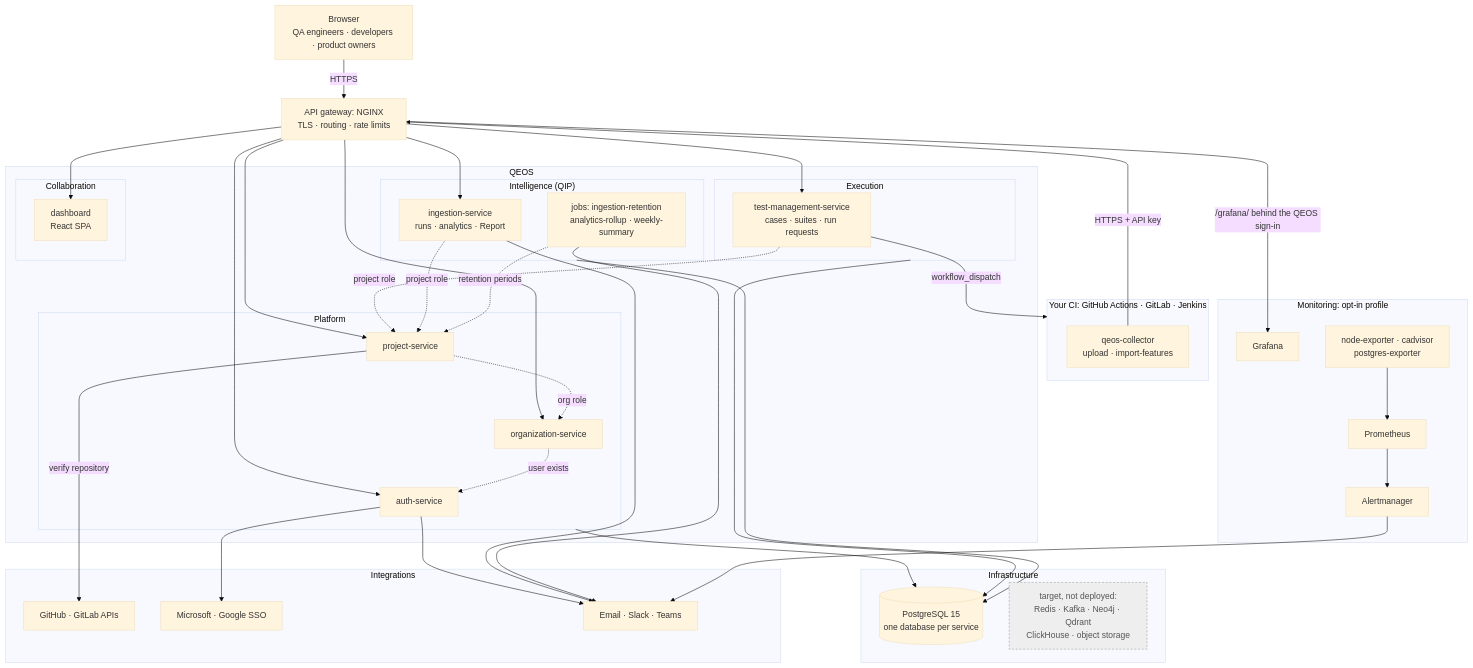
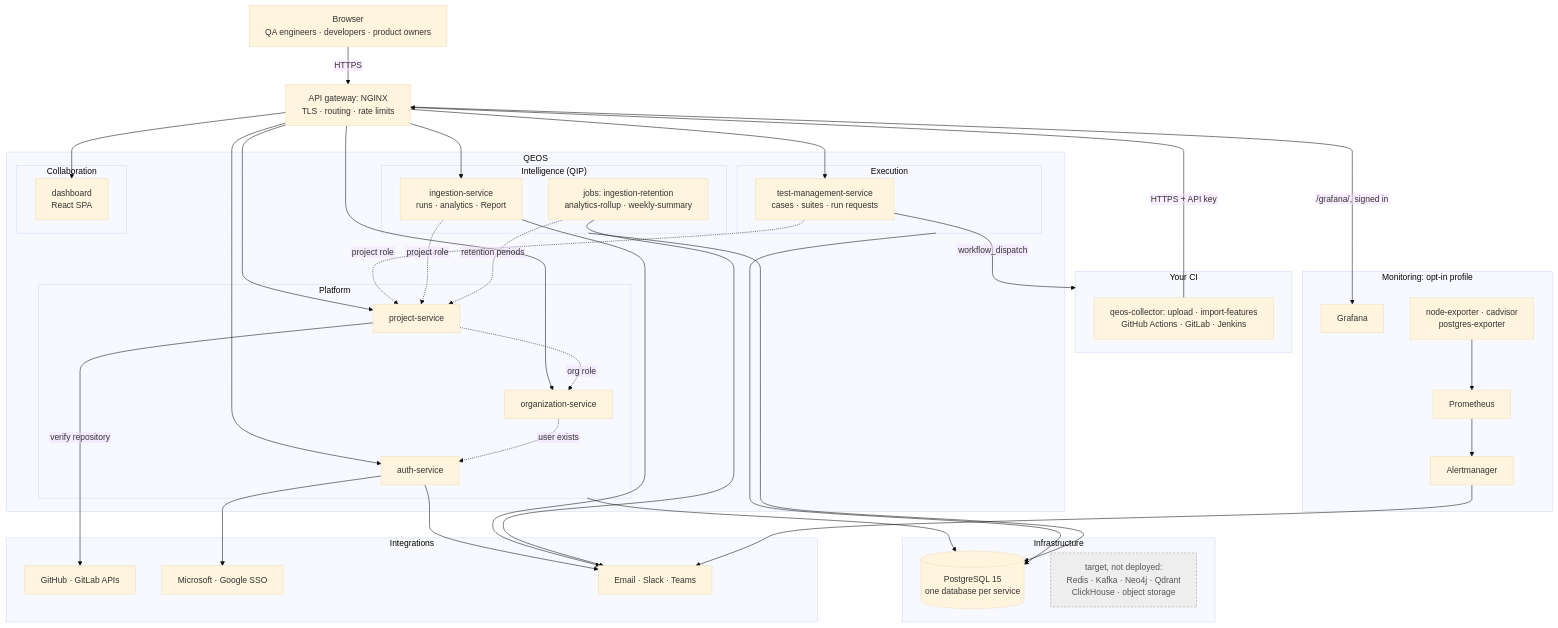
The diagram in README.md (atriis/Atriis.QEOS), drawn with Mermaid (base theme) before and after one commit.

Commit message:
docs(readme): architecture diagram labels no longer clipped on GitHub
GitHub sized the HTML labels narrower than the font it drew them in, so long
node labels were cut at the box edge. The diagram now uses SVG text labels
(htmlLabels: false), sized from the rendered text, and two long titles are
shorter.

````diff
--- a/README.md
+++ b/README.md
@@ -108,62 +108,63 @@
 ```mermaid
+%%{init: {"flowchart": {"htmlLabels": false, "wrappingWidth": 400}}}%%
 flowchart TB
     Browser["Browser<br/>QA engineers · developers · product owners"]
-    subgraph CI["Your CI: GitHub Actions · GitLab · Jenkins"]
-        COL["qeos-collector<br/>upload · import-features"]
+    subgraph CI["Your CI"]
+        COL["qeos-collector: upload · import-features<br/>GitHub Actions · GitLab · Jenkins"]
     end
     Browser -->|HTTPS| GW
     COL -->|HTTPS + API key| GW
     GW["API gateway: NGINX<br/>TLS · routing · rate limits"]
 
     subgraph QEOS["QEOS"]
         subgraph PLAT["Platform"]
             AUTH[auth-service]
             ORG[organization-service]
             PROJ[project-service]
         end
         subgraph EXEC["Execution"]
             TM["test-management-service<br/>cases · suites · run requests"]
         end
         subgraph QIP["Intelligence (QIP)"]
             ING["ingestion-service<br/>runs · analytics · Report"]
             JOBS["jobs: ingestion-retention<br/>analytics-rollup · weekly-summary"]
         end
         subgraph COLLAB["Collaboration"]
             DASH["dashboard<br/>React SPA"]
         end
     end
     GW --> DASH
     GW --> AUTH & ORG & PROJ
     GW --> TM & ING
     ORG -.->|user exists| AUTH
     PROJ -.->|org role| ORG
     TM & ING -.->|project role| PROJ
     JOBS -.->|retention periods| PROJ
 
     subgraph INFRA["Infrastructure"]
         PG[("PostgreSQL 15<br/>one database per service")]
         TARGET["target, not deployed:<br/>Redis · Kafka · Neo4j · Qdrant<br/>ClickHouse · object storage"]
     end
     PLAT & EXEC & QIP --> PG
 
     subgraph INTEG["Integrations"]
         GH["GitHub · GitLab APIs"]
         IDP["Microsoft · Google SSO"]
         NOTIFY["Email · Slack · Teams"]
     end
     TM -->|workflow_dispatch| CI
     PROJ -->|verify repository| GH
     AUTH --> IDP
     AUTH & ING & JOBS --> NOTIFY
 
     subgraph MON["Monitoring: opt-in profile"]
         PROM[Prometheus] --> AM[Alertmanager]
         GRAF[Grafana]
         EXP["node-exporter · cadvisor<br/>postgres-exporter"] --> PROM
     end
-    GW -->|/grafana/ behind the QEOS sign-in| GRAF
+    GW -->|/grafana/, signed in| GRAF
     AM --> NOTIFY
 
     classDef target fill:#eee,stroke:#999,stroke-dasharray:4 3,color:#555
     class TARGET target
 ```
````
